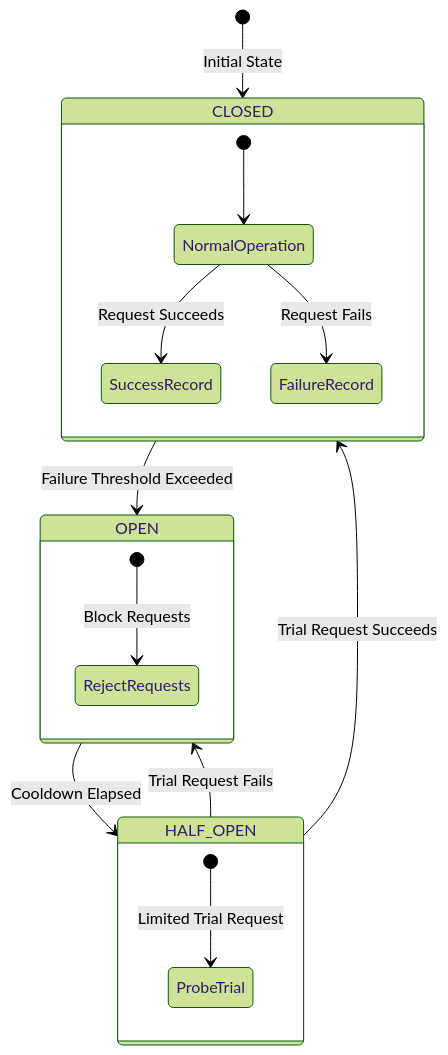
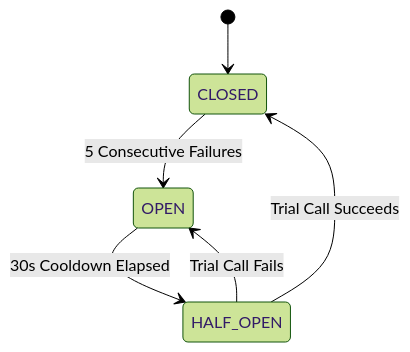
Before and after one commit to Chief-Strategist-J/llm-obs-infra: the fifth of 6 diagrams in docs/architectureDoc/adr-0009-service-registry-and-discovery.md, drawn with Mermaid (forest theme). The commit also changed other lines of this file and 15 other files, not shown here.

````diff
--- a/docs/architectureDoc/adr-0009-service-registry-and-discovery.md
+++ b/docs/architectureDoc/adr-0009-service-registry-and-discovery.md
@@ -390,25 +367,8 @@
 ```mermaid
 stateDiagram-v2
-    [*] --> CLOSED : Initial State
-
-    state CLOSED {
-        [*] --> NormalOperation
-        NormalOperation --> SuccessRecord : Request Succeeds
-        NormalOperation --> FailureRecord : Request Fails
-    }
-
-    CLOSED --> OPEN : Failure Threshold Exceeded
-
-    state OPEN {
-        [*] --> RejectRequests : Block Requests
-    }
-
-    OPEN --> HALF_OPEN : Cooldown Elapsed
-
-    state HALF_OPEN {
-        [*] --> ProbeTrial : Limited Trial Request
-    }
-
-    HALF_OPEN --> CLOSED : Trial Request Succeeds
-    HALF_OPEN --> OPEN : Trial Request Fails
+    [*] --> CLOSED
+    CLOSED --> OPEN : 5 Consecutive Failures
+    OPEN --> HALF_OPEN : 30s Cooldown Elapsed
+    HALF_OPEN --> CLOSED : Trial Call Succeeds
+    HALF_OPEN --> OPEN : Trial Call Fails
 ```
````
